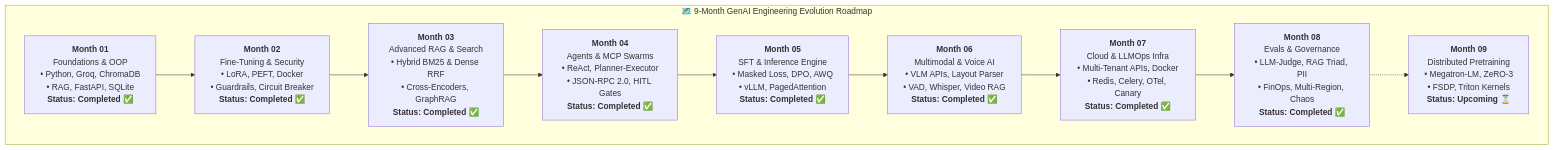
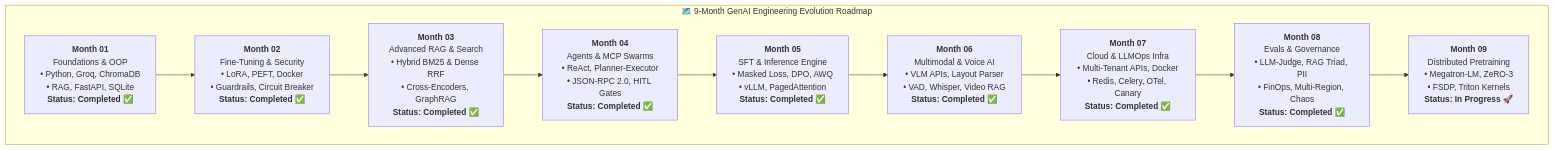
Before and after one commit to KUSHALMN/GenAI-Engineer-Roadmap: the first of 3 diagrams in README.md, drawn with Mermaid. The commit also changed other lines of this file and 6 other files, not shown here.

Commit message:
feat(m09): Day 10 - Triton GPU Custom Kernels, Rabin-Karp & Month 09 Milestone Docs

````diff
--- a/README.md
+++ b/README.md
@@ -34,17 +34,17 @@
 ```mermaid
 flowchart LR
     subgraph Evolution["🗺️ 9-Month GenAI Engineering Evolution Roadmap"]
         direction LR
         M1["<b>Month 01</b><br/>Foundations & OOP<br/>• Python, Groq, ChromaDB<br/>• RAG, FastAPI, SQLite<br/><b>Status: Completed ✅</b>"]
         M2["<b>Month 02</b><br/>Fine-Tuning & Security<br/>• LoRA, PEFT, Docker<br/>• Guardrails, Circuit Breaker<br/><b>Status: Completed ✅</b>"]
         M3["<b>Month 03</b><br/>Advanced RAG & Search<br/>• Hybrid BM25 & Dense RRF<br/>• Cross-Encoders, GraphRAG<br/><b>Status: Completed ✅</b>"]
         M4["<b>Month 04</b><br/>Agents & MCP Swarms<br/>• ReAct, Planner-Executor<br/>• JSON-RPC 2.0, HITL Gates<br/><b>Status: Completed ✅</b>"]
         M5["<b>Month 05</b><br/>SFT & Inference Engine<br/>• Masked Loss, DPO, AWQ<br/>• vLLM, PagedAttention<br/><b>Status: Completed ✅</b>"]
         M6["<b>Month 06</b><br/>Multimodal & Voice AI<br/>• VLM APIs, Layout Parser<br/>• VAD, Whisper, Video RAG<br/><b>Status: Completed ✅</b>"]
         M7["<b>Month 07</b><br/>Cloud & LLMOps Infra<br/>• Multi-Tenant APIs, Docker<br/>• Redis, Celery, OTel, Canary<br/><b>Status: Completed ✅</b>"]
         M8["<b>Month 08</b><br/>Evals & Governance<br/>• LLM-Judge, RAG Triad, PII<br/>• FinOps, Multi-Region, Chaos<br/><b>Status: Completed ✅</b>"]
-        M9["<b>Month 09</b><br/>Distributed Pretraining<br/>• Megatron-LM, ZeRO-3<br/>• FSDP, Triton Kernels<br/><b>Status: Upcoming ⏳</b>"]
+        M9["<b>Month 09</b><br/>Distributed Pretraining<br/>• Megatron-LM, ZeRO-3<br/>• FSDP, Triton Kernels<br/><b>Status: In Progress 🚀</b>"]
 
-        M1 --> M2 --> M3 --> M4 --> M5 --> M6 --> M7 --> M8 -.-> M9
+        M1 --> M2 --> M3 --> M4 --> M5 --> M6 --> M7 --> M8 --> M9
     end
 ```
````
